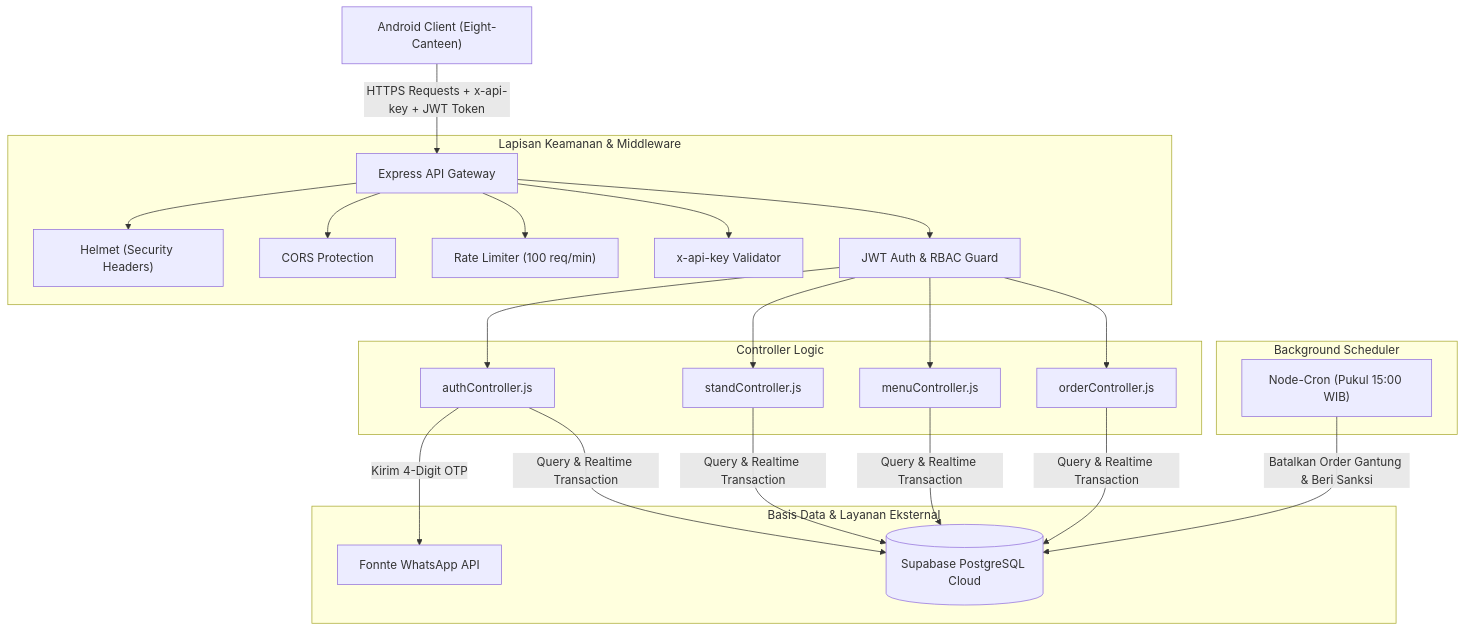
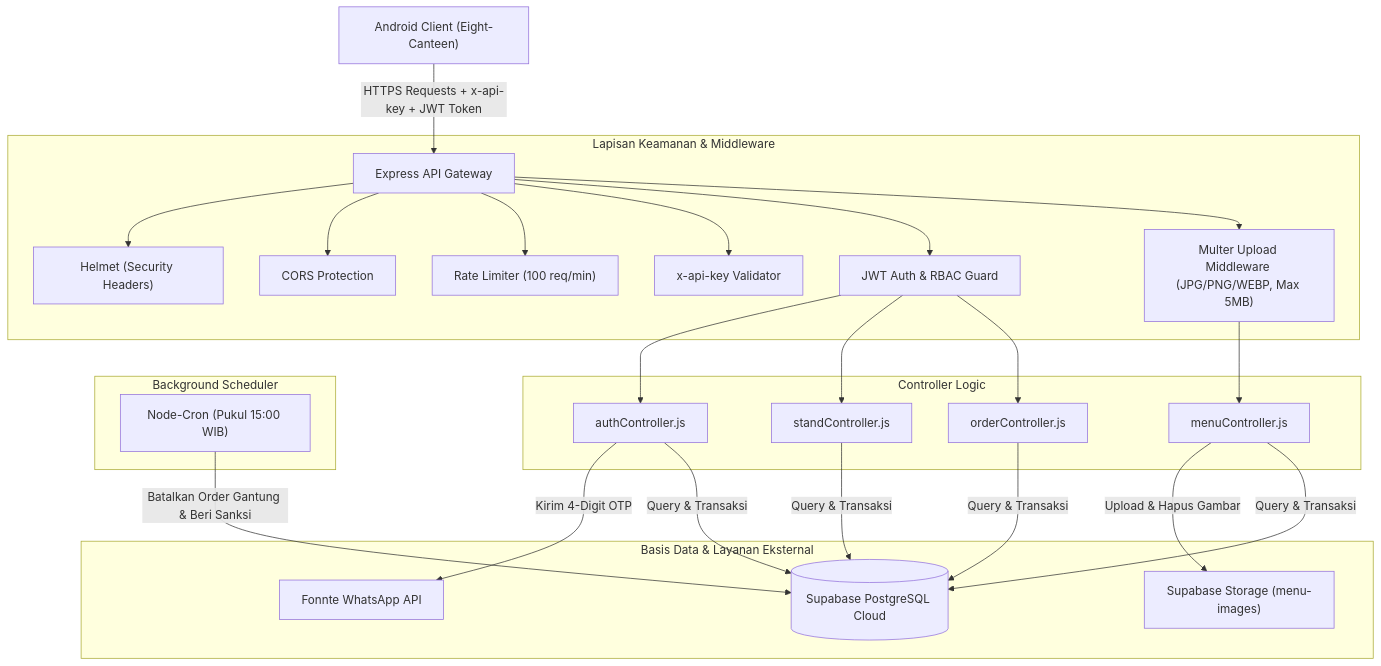
The diagram in README.md (alviangalen/backend-kantin-mobile), drawn with Mermaid before and after one commit. The commit also changed other lines of this file and 7 other files, not shown here.

````diff
--- a/README.md
+++ b/README.md
@@ -68,28 +70,30 @@
 ```mermaid
 graph TD
     Client["Android Client (Eight-Canteen)"] -->|"HTTPS Requests + x-api-key + JWT Token"| Gateway["Express API Gateway"]
 
     subgraph Security ["Lapisan Keamanan & Middleware"]
         Gateway --> H["Helmet (Security Headers)"]
         Gateway --> C["CORS Protection"]
         Gateway --> RL["Rate Limiter (100 req/min)"]
         Gateway --> AK["x-api-key Validator"]
         Gateway --> JWT["JWT Auth & RBAC Guard"]
+        Gateway --> UP["Multer Upload Middleware (JPG/PNG/WEBP, Max 5MB)"]
     end
 
     subgraph Handlers ["Controller Logic"]
         JWT --> AC["authController.js"]
         JWT --> SC["standController.js"]
-        JWT --> MC["menuController.js"]
+        UP --> MC["menuController.js"]
         JWT --> OC["orderController.js"]
     end
 
     subgraph ExternalServices ["Basis Data & Layanan Eksternal"]
         AC -->|"Kirim 4-Digit OTP"| Fonnte["Fonnte WhatsApp API"]
-        AC & SC & MC & OC -->|"Query & Realtime Transaction"| Supabase[("Supabase PostgreSQL Cloud")]
+        MC -->|"Upload & Hapus Gambar"| Storage["Supabase Storage (menu-images)"]
+        AC & SC & MC & OC -->|"Query & Transaksi"| Supabase[("Supabase PostgreSQL Cloud")]
     end
 
     subgraph Scheduler ["Background Scheduler"]
         Cron["Node-Cron (Pukul 15:00 WIB)"] -->|"Batalkan Order Gantung & Beri Sanksi"| Supabase
     end
 ```
````
